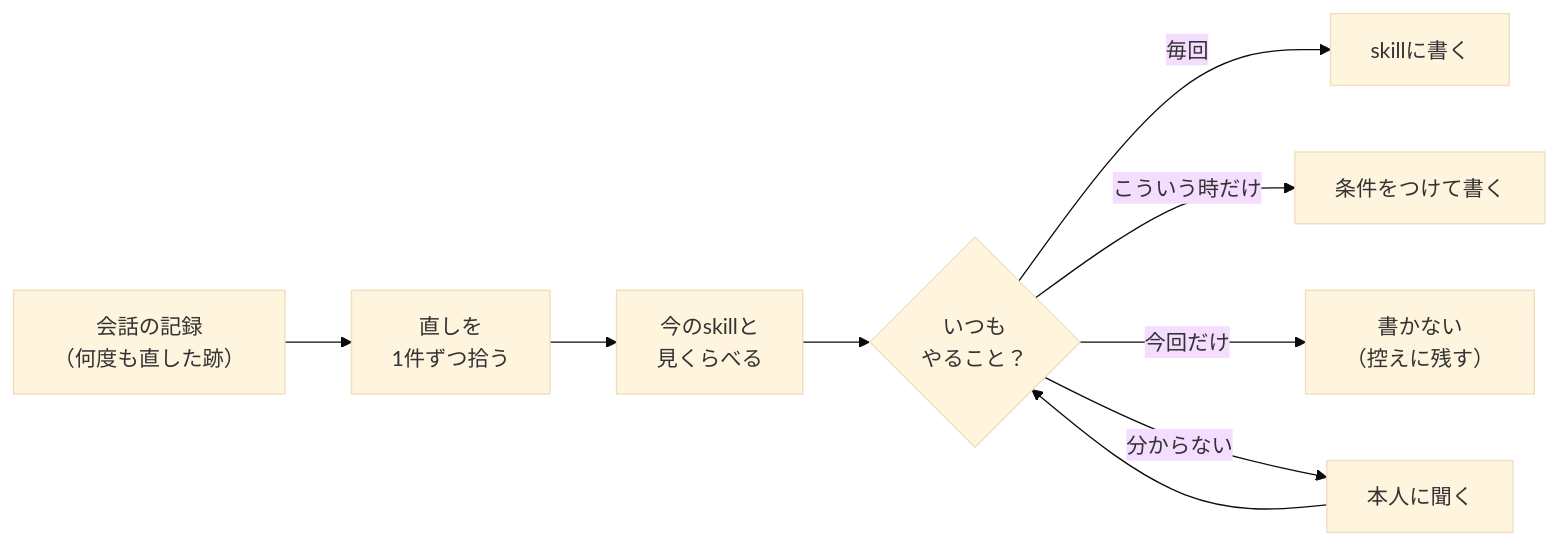
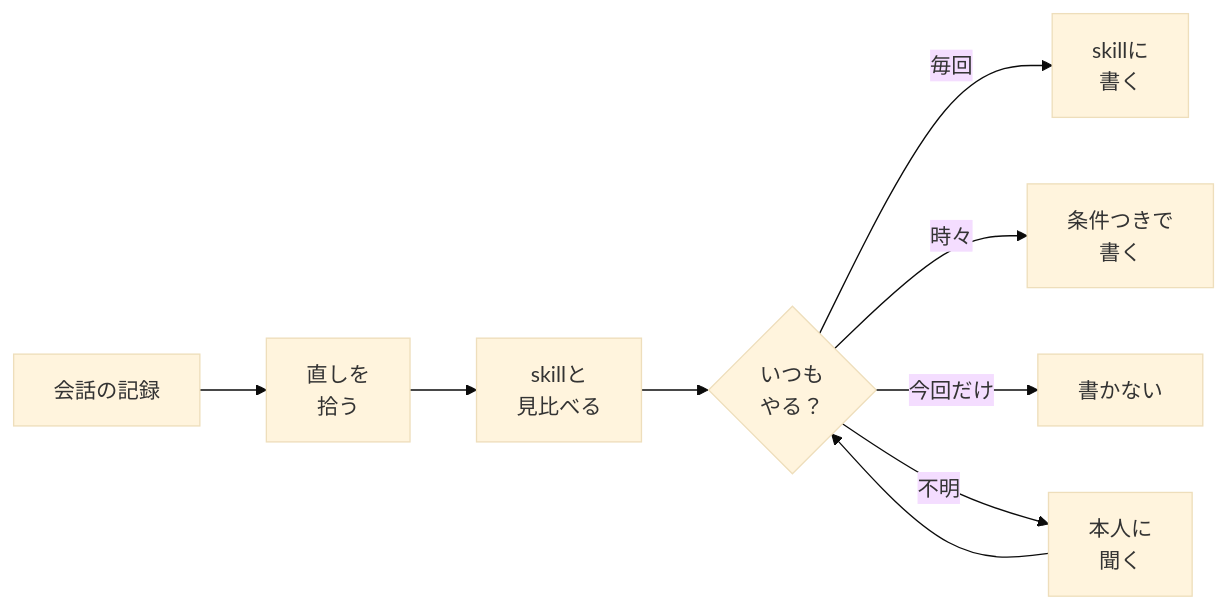
Before and after one commit to tamacolet/skill-eval: the first of 2 diagrams in README.md, drawn with Mermaid (base theme). The commit also changed other lines of this file and 4 other files, not shown here.

Commit message:
docs: 作るものの種類を問わない形にし、図の文字切れを直す

````diff
--- a/README.md
+++ b/README.md
@@ -10,11 +11,11 @@
 ```mermaid
 flowchart LR
-  A["会話の記録<br>（何度も直した跡）"] --> B["直しを<br>1件ずつ拾う"]
-  B --> C["今のskillと<br>見くらべる"]
-  C --> D{"いつも<br>やること？"}
-  D -->|"毎回"| E["skillに書く"]
-  D -->|"こういう時だけ"| F["条件をつけて書く"]
-  D -->|"今回だけ"| G["書かない<br>（控えに残す）"]
-  D -->|"分からない"| H["本人に聞く"]
+  A["会話の記録"] --> B["直しを<br>拾う"]
+  B --> C["skillと<br>見比べる"]
+  C --> D{"いつも<br>やる？"}
+  D -->|"毎回"| E["skillに<br>書く"]
+  D -->|"時々"| F["条件つきで<br>書く"]
+  D -->|"今回だけ"| G["書かない"]
+  D -->|"不明"| H["本人に<br>聞く"]
   H --> D
 ```
````
